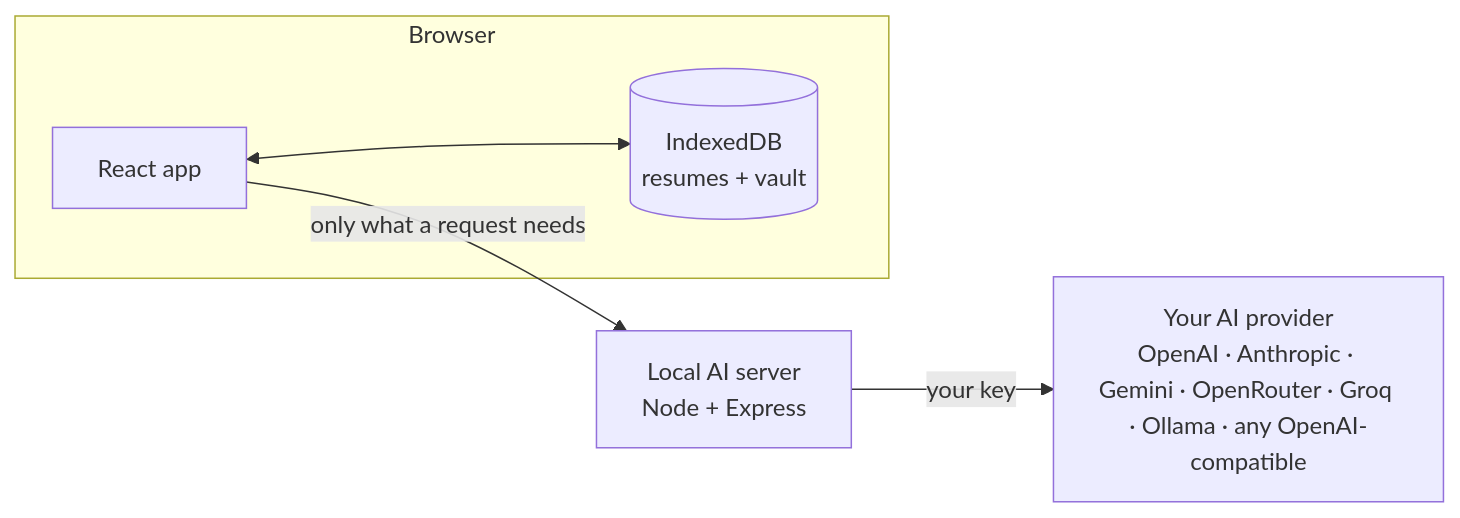
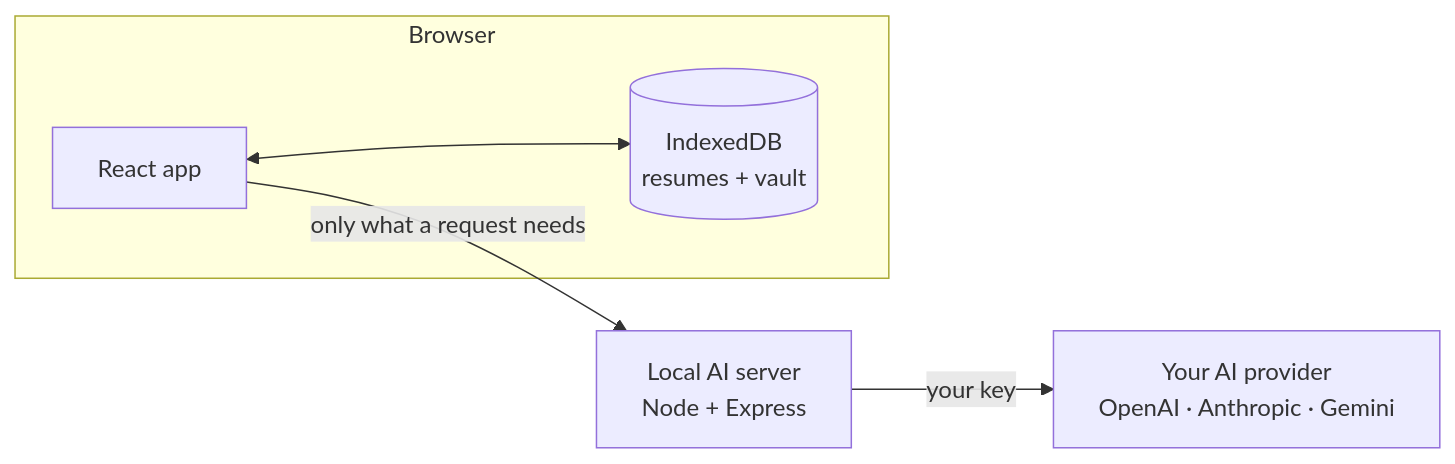
One commit to abhishek17r/resume-builder changed the second of 2 diagrams in README.md. Above: the diagram before and after it, drawn with Mermaid. The commit also changed other lines of this file and 17 other files, not shown here.

````diff
--- a/README.md
+++ b/README.md
@@ -101,8 +100,8 @@
 ```mermaid
 flowchart LR
   subgraph Browser
     UI[React app] <--> DB[(IndexedDB<br/>resumes + vault)]
   end
   UI -- only what a request needs --> API[Local AI server<br/>Node + Express]
-  API -- your key --> P[Your AI provider<br/>OpenAI · Anthropic · Gemini · OpenRouter · Groq · Ollama · any OpenAI-compatible]
+  API -- your key --> P[Your AI provider<br/>OpenAI · Anthropic · Gemini]
 ```
````
